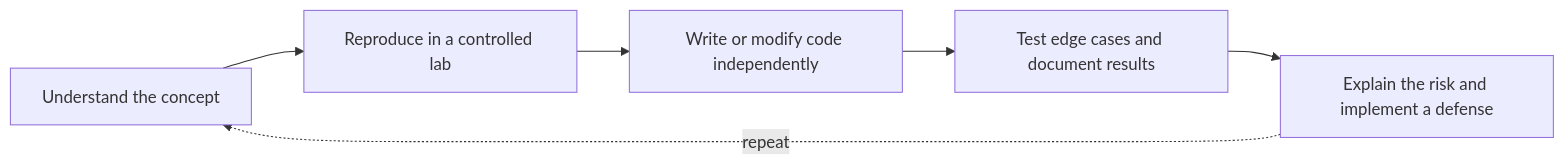
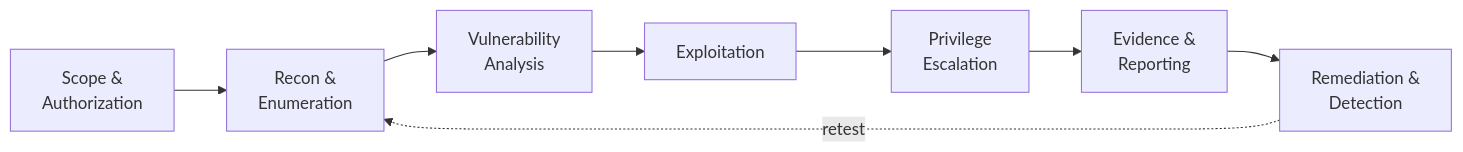
One commit to bibeksec/bibeksec changed the diagram in README.md. Above: the diagram before and after it, drawn with Mermaid. The commit also changed other lines of this file, not shown here.

````diff
--- a/README.md
+++ b/README.md
@@ -179,8 +150,10 @@
 ```mermaid
 flowchart LR
-    A[Understand the concept] --> B[Reproduce in a controlled lab]
-    B --> C[Write or modify code independently]
-    C --> D[Test edge cases and document results]
-    D --> E[Explain the risk and implement a defense]
-    E -.->|repeat| A
+    A[Scope &<br/>Authorization] --> B[Recon &<br/>Enumeration]
+    B --> C[Vulnerability<br/>Analysis]
+    C --> D[Exploitation]
+    D --> E[Privilege<br/>Escalation]
+    E --> F[Evidence &<br/>Reporting]
+    F --> G[Remediation &<br/>Detection]
+    G -.->|retest| B
 ```
````
